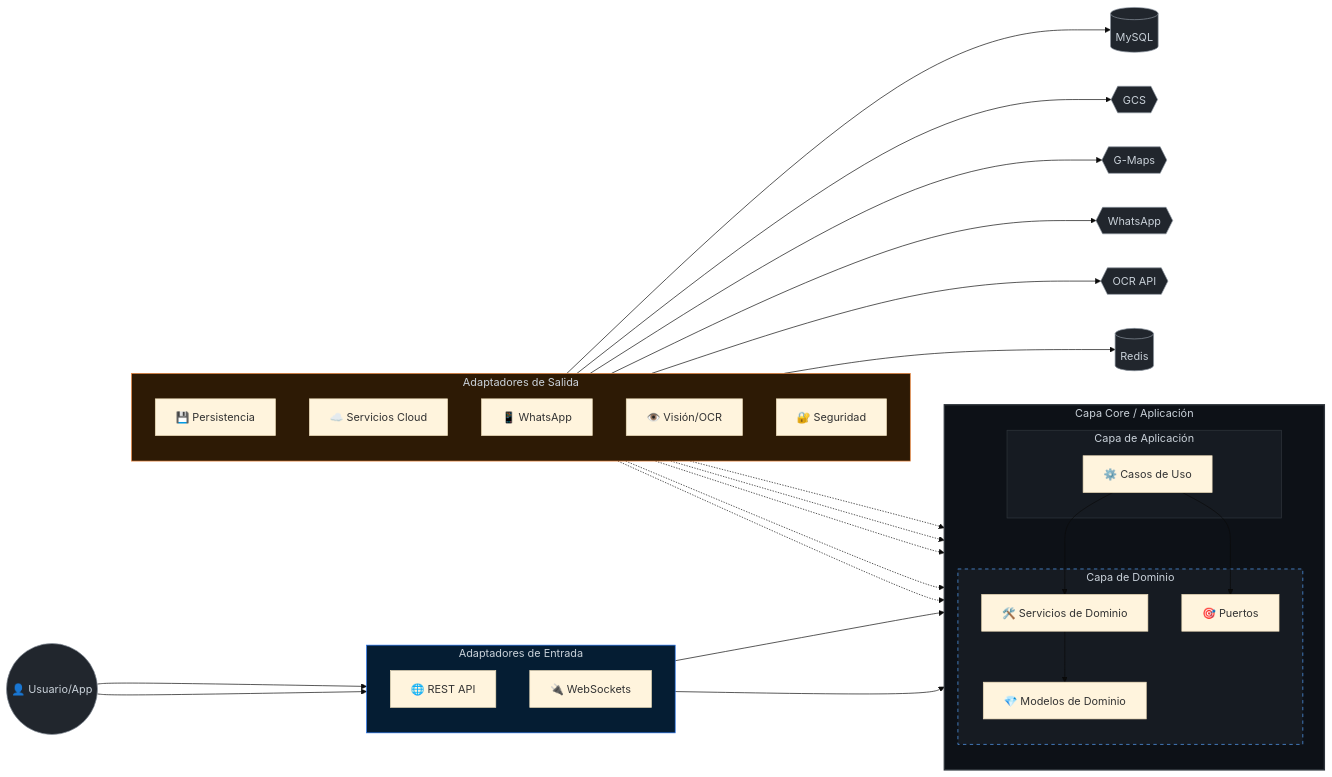
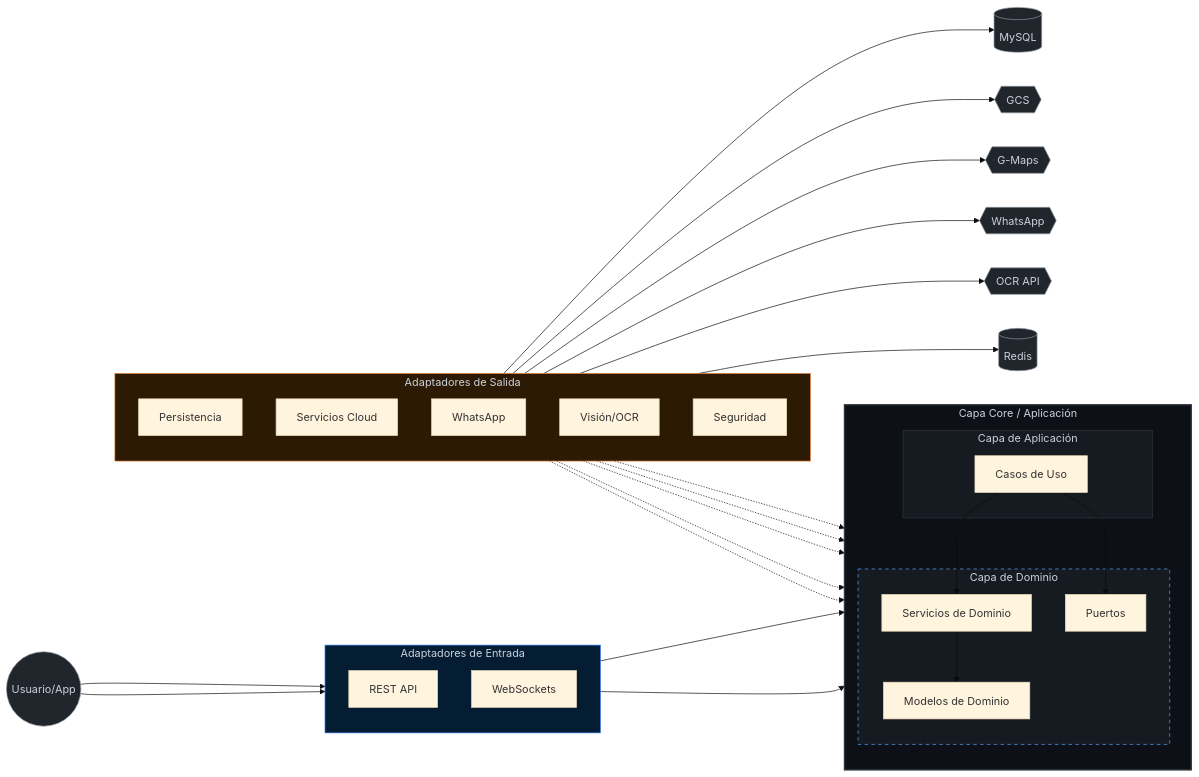
The first of 3 diagrams in README.es.md (fttmatteo/messenger-backend), drawn with Mermaid (base theme) before and after one commit. The commit also changed other lines of this file and 6 other files, not shown here.

Commit message:
feat: Implement STOMP-based WebSockets for real-time tracking and add a GitHub Actions CI pipeline, updating documentation.

````diff
--- a/README.es.md
+++ b/README.es.md
@@ -50,71 +48,71 @@
 ```mermaid
 graph LR
     %% Actores Externos
-    USER((👤 Usuario/App))
+    USER((Usuario/App))
     MAPS{{G-Maps}}
     GCS{{GCS}}
     WAPP{{WhatsApp}}
     OCR_EXT{{OCR API}}
     DB[(MySQL)]
     REDIS[(Redis)]
 
     subgraph IN [Adaptadores de Entrada]
         direction TB
-        REST[🌐 REST API]
-        SOC[🔌 WebSockets]
+        REST[REST API]
+        SOC[WebSockets]
     end
 
     subgraph CORE [Capa Core / Aplicación]
         direction TB
         subgraph APP [Capa de Aplicación]
-            UC[⚙️ Casos de Uso]
+            UC[Casos de Uso]
         end
         subgraph DOMAIN [Capa de Dominio]
-            SVC[🛠️ Servicios de Dominio]
-            PORTS[🎯 Puertos]
-            MODEL[💎 Modelos de Dominio]
+            SVC[Servicios de Dominio]
+            PORTS[Puertos]
+            MODEL[Modelos de Dominio]
         end
     end
 
     subgraph OUT [Adaptadores de Salida]
         direction TB
-        PERS[💾 Persistencia]
-        CLD[☁️ Servicios Cloud]
-        WABA[📱 WhatsApp]
-        VIS[👁️ Visión/OCR]
-        SEC[🔐 Seguridad]
+        PERS[Persistencia]
+        CLD[Servicios Cloud]
+        WABA[WhatsApp]
+        VIS[Visión/OCR]
+        SEC[Seguridad]
     end
 
     %% Flujo de Entrada
     USER --> REST & SOC
     REST & SOC --> UC
 
     %% Lógica de Aplicación
     UC --> SVC
     UC --> PORTS
     SVC --> MODEL
 
     %% Flujo de Salida (Inversión de Dependencia)
     PERS -.-> PORTS
     CLD -.-> PORTS
     WABA -.-> PORTS
     VIS -.-> PORTS
     SEC -.-> PORTS
 
     %% Conexiones de Infraestructura
     PERS --> DB
     CLD --> GCS & MAPS
     WABA --> WAPP
     VIS --> OCR_EXT
     SEC --> REDIS
 
     %% Estilos
     style CORE fill:#0d1117,stroke:#30363d,stroke-width:2px,color:#c9d1d9
     style DOMAIN fill:#161b22,stroke:#58a6ff,stroke-dasharray: 5 5,color:#c9d1d9
     style APP fill:#161b22,stroke:#30363d,color:#c9d1d9
     style IN fill:#051d33,stroke:#1f6feb,color:#c9d1d9
     style OUT fill:#2d1a05,stroke:#f0883e,color:#c9d1d9
     
     classDef actor fill:#21262d,stroke:#8b949e,color:#c9d1d9
     class USER,MAPS,GCS,WAPP,OCR_EXT,DB,REDIS actor
 ```
````
